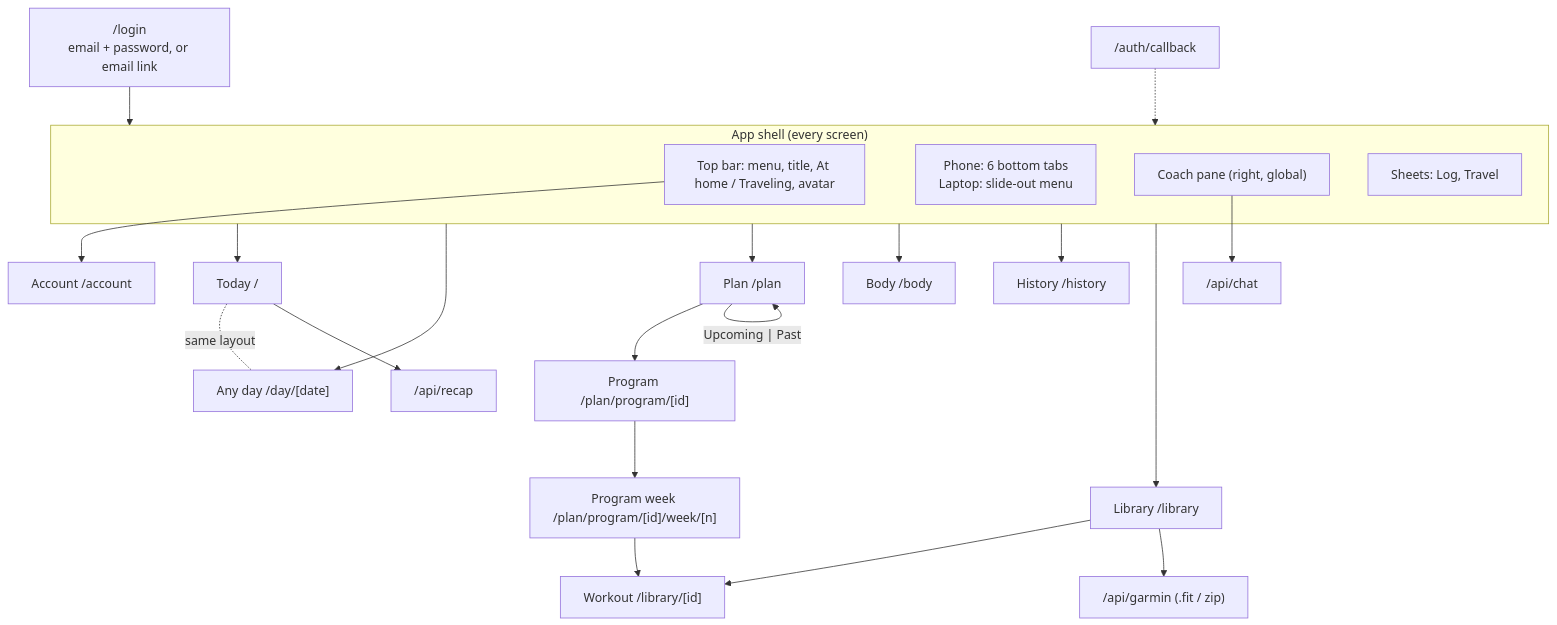
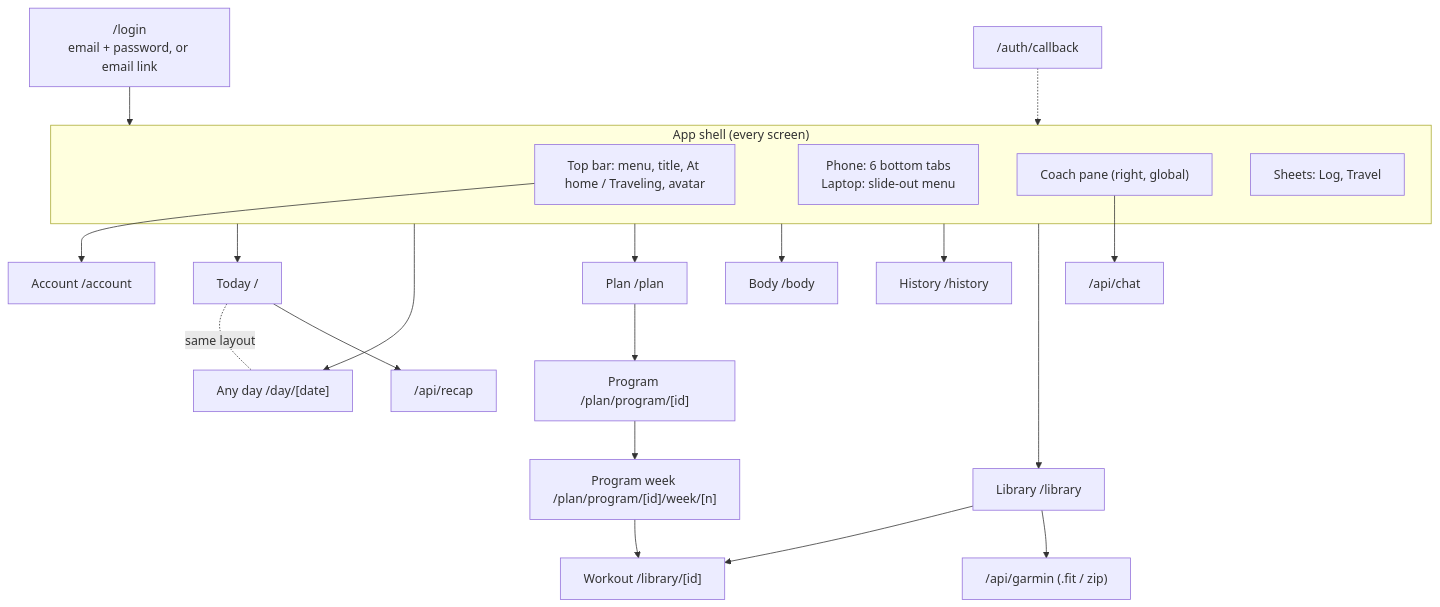
The diagram in docs/SITE.md (dkurak/cairn), drawn with Mermaid before and after one commit. The commit also changed other lines of this file and 24 other files, not shown here.

````diff
--- a/docs/SITE.md
+++ b/docs/SITE.md
@@ -13,31 +13,30 @@
 ```mermaid
 flowchart TD
   login["/login<br/>email + password, or email link"] --> shell
   cb["/auth/callback"] -.-> shell
 
   subgraph shell["App shell (every screen)"]
     top["Top bar: menu, title, At home / Traveling, avatar"]
     nav["Phone: 6 bottom tabs<br/>Laptop: slide-out menu"]
     coach["Coach pane (right, global)"]
     sheets["Sheets: Log, Travel"]
   end
 
   shell --> today["Today /"]
   shell --> day["Any day /day/[date]"]
   shell --> plan["Plan /plan"]
   shell --> body["Body /body"]
   shell --> history["History /history"]
   shell --> library["Library /library"]
   top --> account["Account /account"]
 
   library --> workout["Workout /library/[id]"]
   plan --> program["Program /plan/program/[id]"]
   program --> pweek["Program week /plan/program/[id]/week/[n]"]
   pweek --> workout
 
   today -. same layout .- day
-  plan -->|"Upcoming | Past"| plan
   coach --> chat["/api/chat"]
   library --> garmin["/api/garmin (.fit / zip)"]
   today --> recap["/api/recap"]
 ```
````
